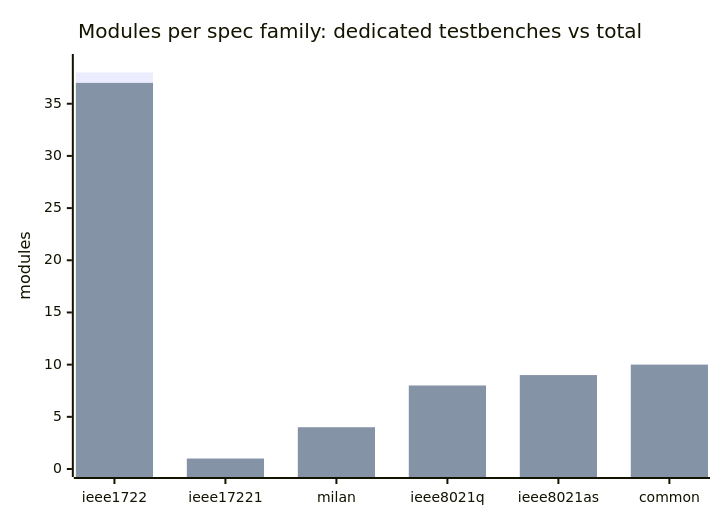
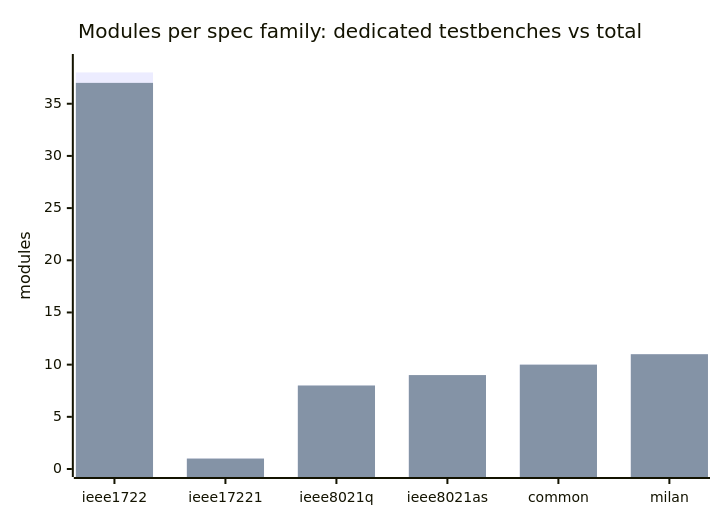
The diagram in docs/traceability/MODULE_MATRIX.md (kebag-logic/milan-fpga), drawn with Mermaid before and after one commit. The commit also changed other lines of this file and 17 other files, not shown here.

````diff
--- a/docs/traceability/MODULE_MATRIX.md
+++ b/docs/traceability/MODULE_MATRIX.md
@@ -30,8 +30,8 @@
 ```mermaid
 xychart-beta
     title "Modules per spec family: dedicated testbenches vs total"
-    x-axis ["ieee1722", "ieee17221", "milan", "ieee8021q", "ieee8021as", "common"]
+    x-axis ["ieee1722", "ieee17221", "ieee8021q", "ieee8021as", "common", "milan"]
     y-axis "modules" 0 --> 39
-    bar [38, 1, 4, 8, 9, 10]
-    bar [37, 1, 4, 8, 9, 10]
+    bar [38, 1, 8, 9, 10, 11]
+    bar [37, 1, 8, 9, 10, 11]
 ```
````
